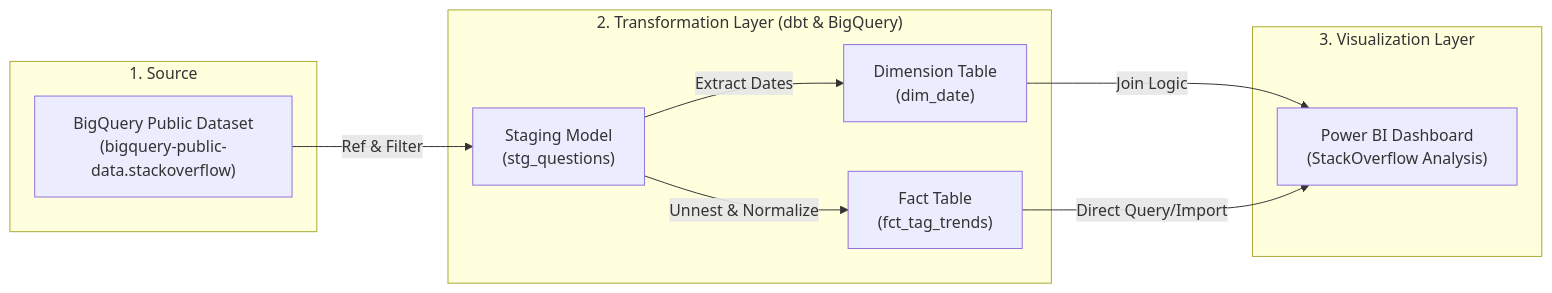
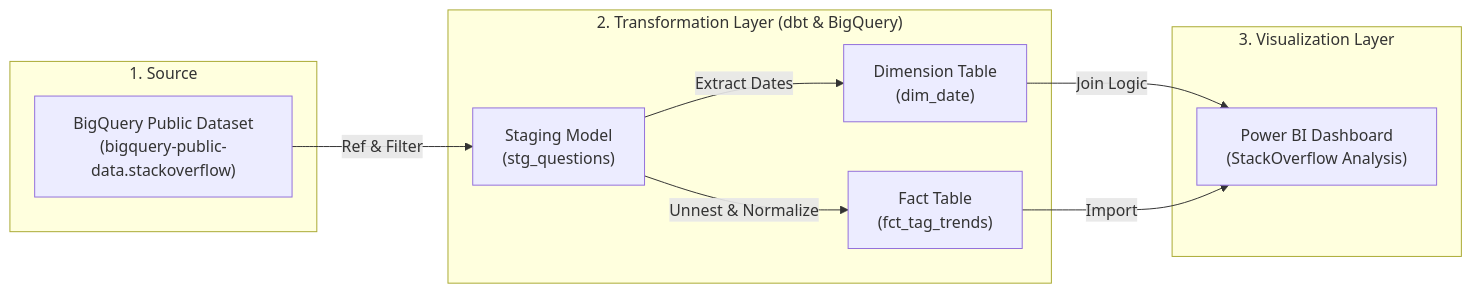
One commit to arunkumarm-git/stackoverflow-trends changed the diagram in workflow.md. Above: the diagram before and after it, drawn with Mermaid.

````diff
--- a/workflow.md
+++ b/workflow.md
@@ -1,22 +1,22 @@
 ```mermaid
 graph LR
     subgraph "1. Source"
         A["BigQuery Public Dataset<br/>(bigquery-public-data.stackoverflow)"]
     end
 
     subgraph "2. Transformation Layer (dbt & BigQuery)"
         B["Staging Model<br/>(stg_questions)"]
         C["Dimension Table<br/>(dim_date)"]
         D["Fact Table<br/>(fct_tag_trends)"]
     end
 
     subgraph "3. Visualization Layer"
         E["Power BI Dashboard<br/>(StackOverflow Analysis)"]
     end
 
     A -->|Ref & Filter| B
     B -->|Extract Dates| C
     B -->|Unnest & Normalize| D
     C -->|Join Logic| E
-    D -->|Direct Query/Import| E
+    D -->|Import| E
 ```
````
